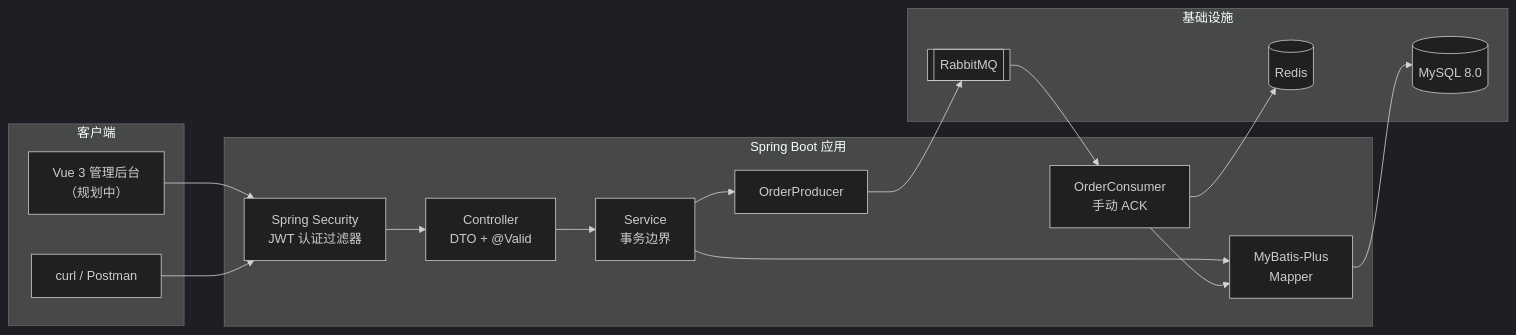
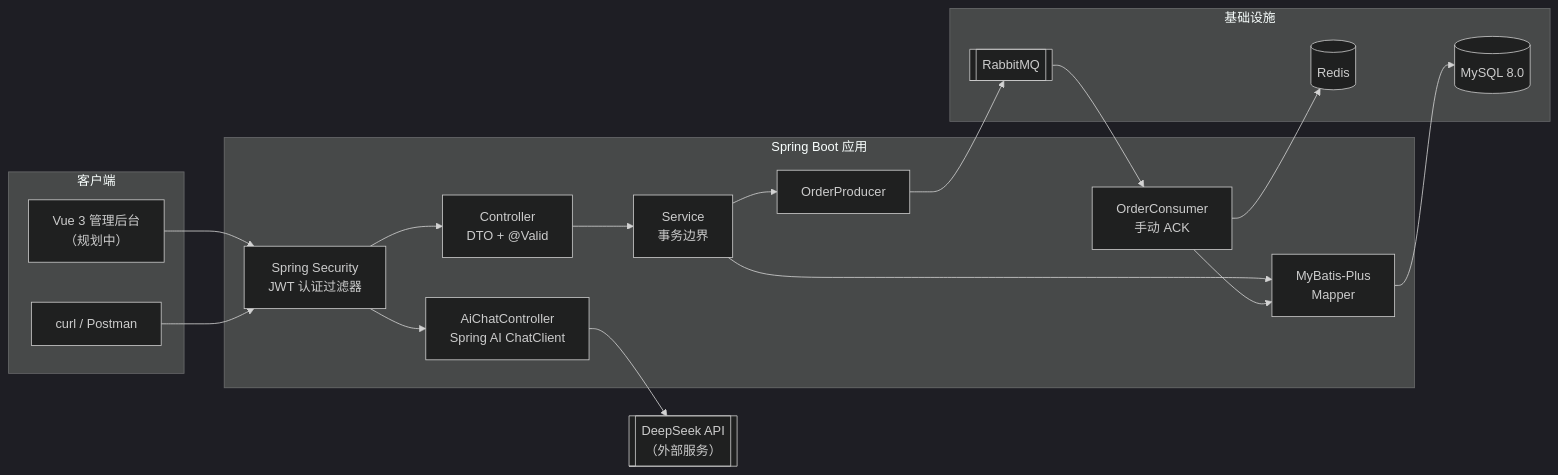
Before and after one commit to RickShota/logiflow-server: the first of 5 diagrams in README.md, drawn with Mermaid (dark theme). The commit also changed other lines of this file, not shown here.

````diff
--- a/README.md
+++ b/README.md
@@ -59,31 +63,35 @@
 ```mermaid
 flowchart LR
     subgraph Client["客户端"]
         FE["Vue 3 管理后台<br/>（规划中）"]
         CLI["curl / Postman"]
     end
 
     subgraph Server["Spring Boot 应用"]
         SEC["Spring Security<br/>JWT 认证过滤器"]
         CTRL["Controller<br/>DTO + @Valid"]
         SVC["Service<br/>事务边界"]
         MAPPER["MyBatis-Plus<br/>Mapper"]
         PROD["OrderProducer"]
         CONS["OrderConsumer<br/>手动 ACK"]
+        AI["AiChatController<br/>Spring AI ChatClient"]
     end
 
     subgraph Infra["基础设施"]
         DB[("MySQL 8.0")]
         CACHE[("Redis")]
         BROKER[["RabbitMQ"]]
     end
 
+    LLM[["DeepSeek API<br/>（外部服务）"]]
+
     FE --> SEC
     CLI --> SEC
     SEC --> CTRL --> SVC
+    SEC --> AI --> LLM
     SVC --> MAPPER --> DB
     SVC --> PROD --> BROKER
     BROKER --> CONS
     CONS --> CACHE
     CONS --> MAPPER
 ```
````
